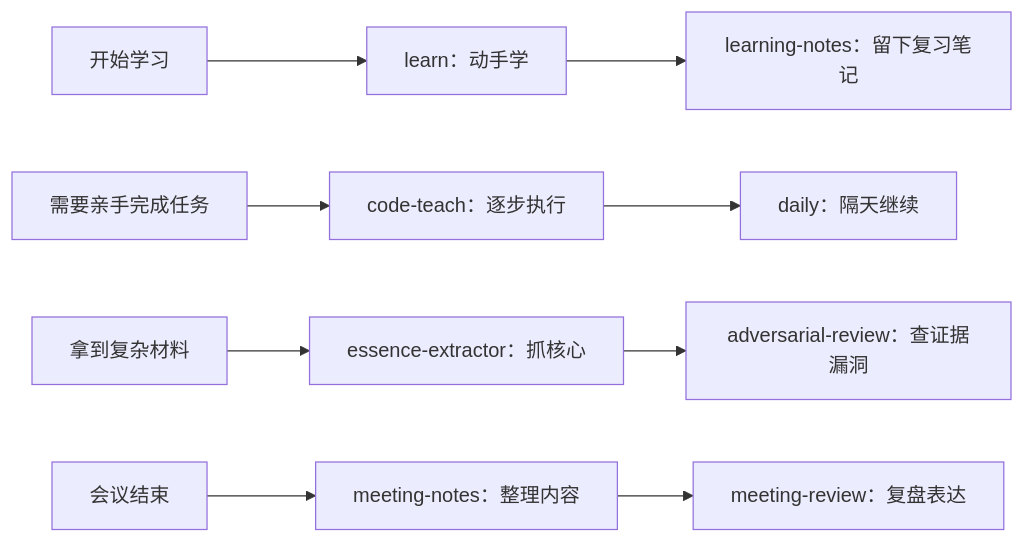
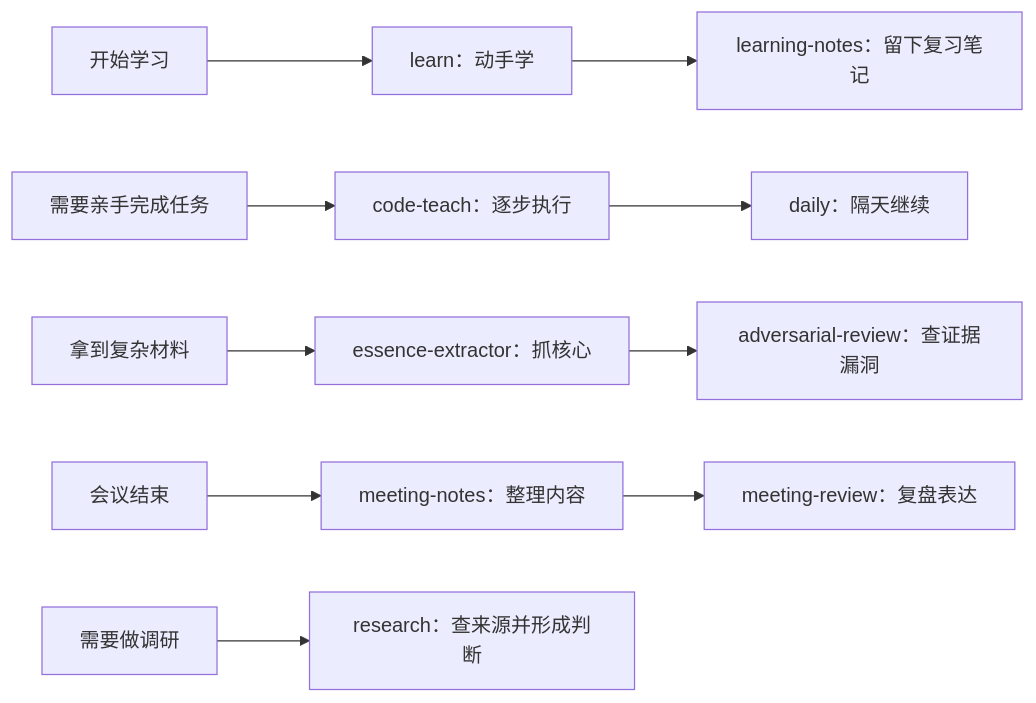
Before and after one commit to destiny520537work-lab/fate-workskills: the diagram in README.md, drawn with Mermaid. The commit also changed other lines of this file and 2 other files, not shown here.

Commit message:
Add anonymized research skill

````diff
--- a/README.md
+++ b/README.md
@@ -155,14 +165,16 @@
 ```mermaid
 flowchart LR
     A["开始学习"] --> B["learn：动手学"]
     B --> C["learning-notes：留下复习笔记"]
 
     D["需要亲手完成任务"] --> E["code-teach：逐步执行"]
     E --> F["daily：隔天继续"]
 
     G["拿到复杂材料"] --> H["essence-extractor：抓核心"]
     H --> I["adversarial-review：查证据漏洞"]
 
     J["会议结束"] --> K["meeting-notes：整理内容"]
     K --> L["meeting-review：复盘表达"]
+
+    M["需要做调研"] --> N["research：查来源并形成判断"]
 ```
````
